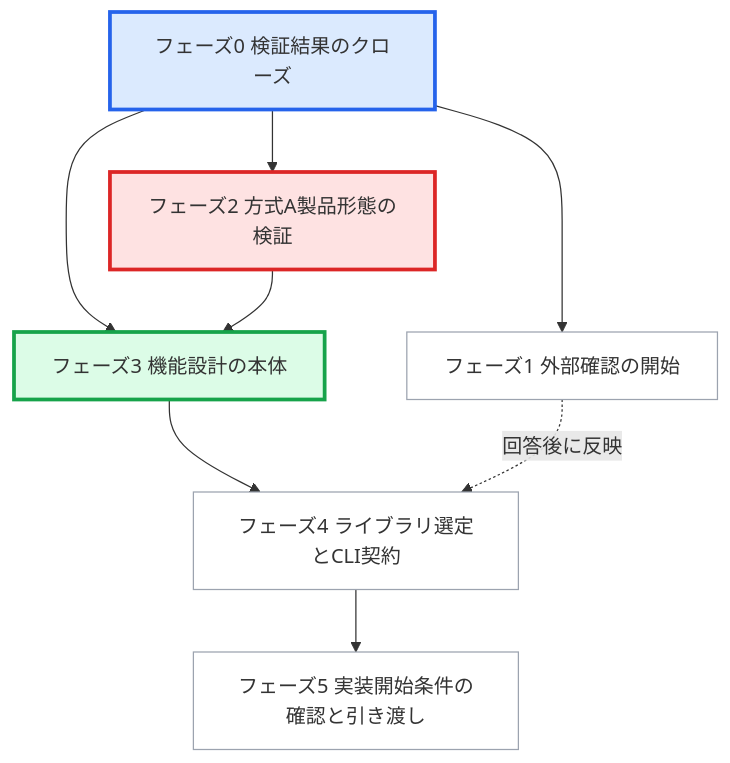
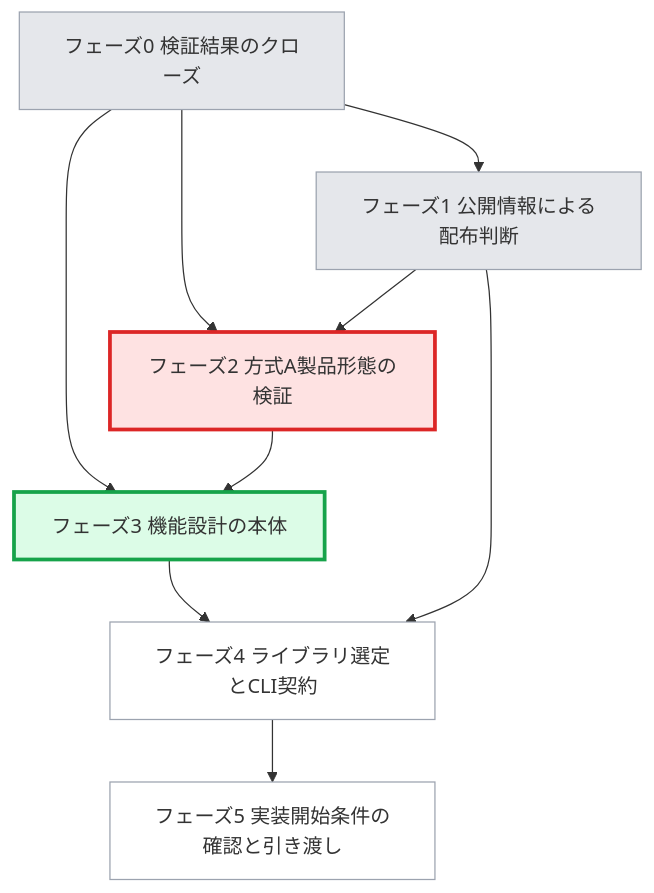
Before and after one commit to mgmaru/algo-loom-design: the second of 2 diagrams in TODO.md, drawn with Mermaid. The commit also changed other lines of this file and 16 other files, not shown here.

````diff
--- a/TODO.md
+++ b/TODO.md
@@ -122,17 +122,18 @@
 ```mermaid
 flowchart TD
     P0[フェーズ0 検証結果のクローズ] --> P3[フェーズ3 機能設計の本体]
-    P0 --> P1[フェーズ1 外部確認の開始]
+    P0 --> P1[フェーズ1 公開情報による配布判断]
     P0 --> P2[フェーズ2 方式A製品形態の検証]
+    P1 --> P2
     P2 --> P3
     P3 --> P4[フェーズ4 ライブラリ選定とCLI契約]
-    P1 -.回答後に反映.-> P4
+    P1 --> P4
     P4 --> P5[フェーズ5 実装開始条件の確認と引き渡し]
 
-    style P0 fill:#dbeafe,stroke:#2563eb,stroke-width:3px
-    style P1 fill:#ffffff,stroke:#9ca3af
+    style P0 fill:#e5e7eb,stroke:#9ca3af
+    style P1 fill:#e5e7eb,stroke:#9ca3af
     style P2 fill:#fee2e2,stroke:#dc2626,stroke-width:3px
     style P3 fill:#dcfce7,stroke:#16a34a,stroke-width:3px
     style P4 fill:#ffffff,stroke:#9ca3af
     style P5 fill:#ffffff,stroke:#9ca3af
 ```
````
